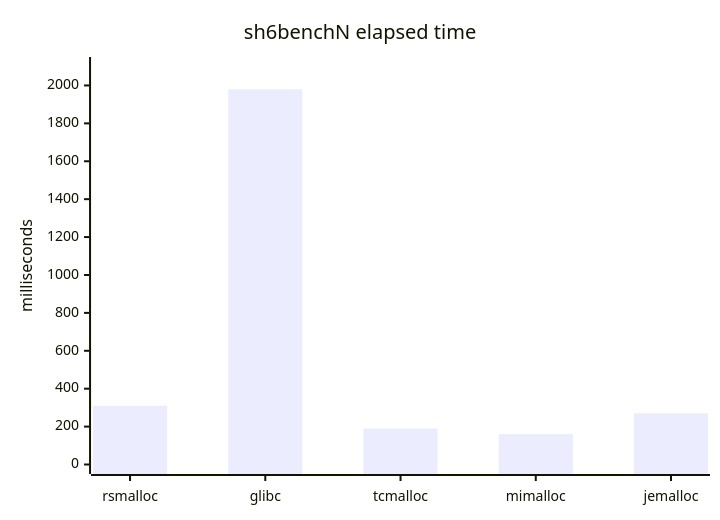
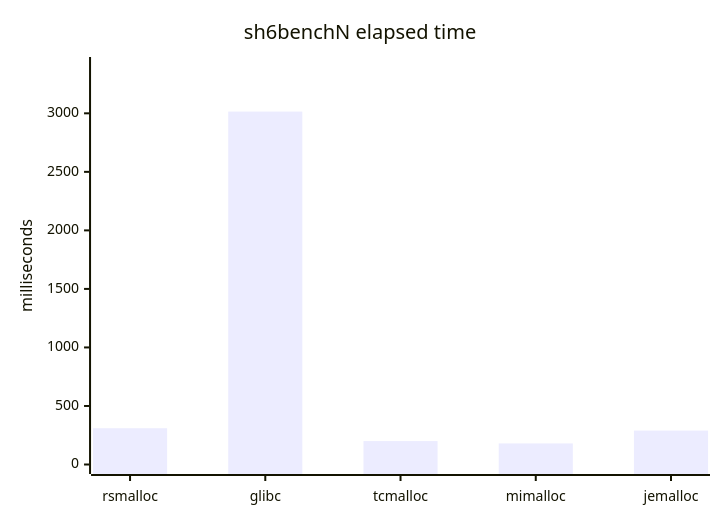
One commit to Metehan120/rsmalloc changed the fifth of 8 diagrams in benchmarks/benchmarks.md. Above: the diagram before and after it, drawn with Mermaid. The commit also changed other lines of this file and 3 other files, not shown here.

````diff
--- a/benchmarks/benchmarks.md
+++ b/benchmarks/benchmarks.md
@@ -116,7 +116,7 @@
 ```mermaid
 xychart-beta
     title "sh6benchN elapsed time"
     x-axis [rsmalloc, glibc, tcmalloc, mimalloc, jemalloc]
-    y-axis "milliseconds" 0 --> 2100
-    bar [310, 1980, 190, 160, 270]
+    y-axis "milliseconds" 0 --> 3400
+    bar [310, 3015, 200, 180, 290]
 ```
````
